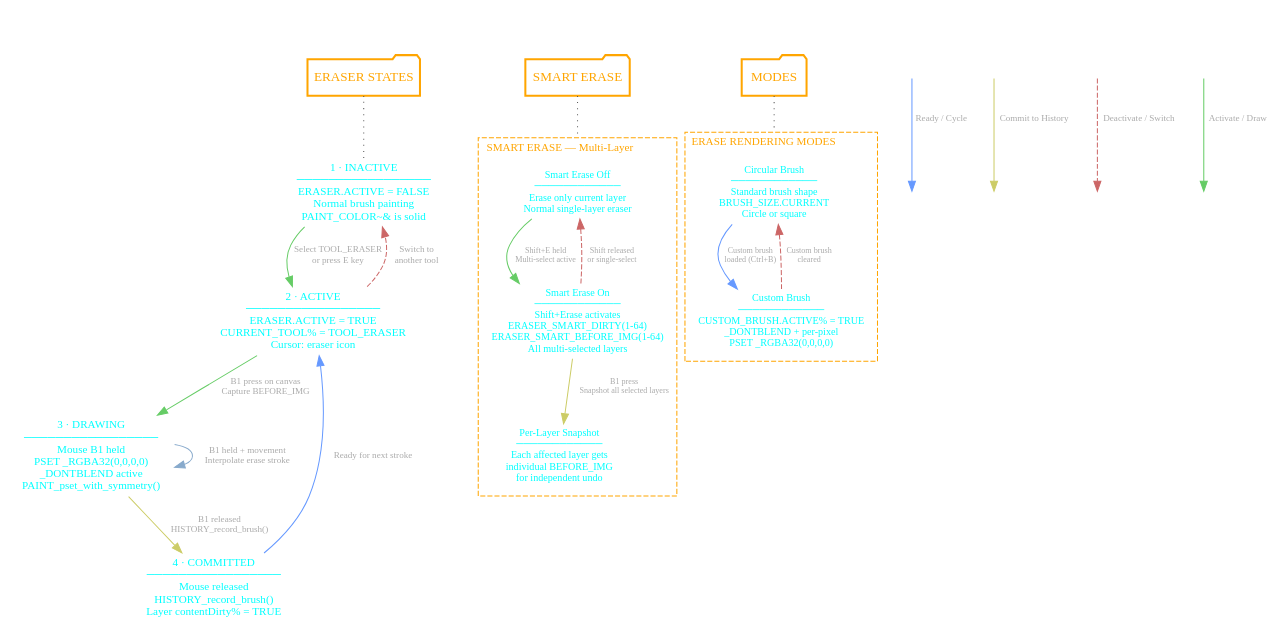
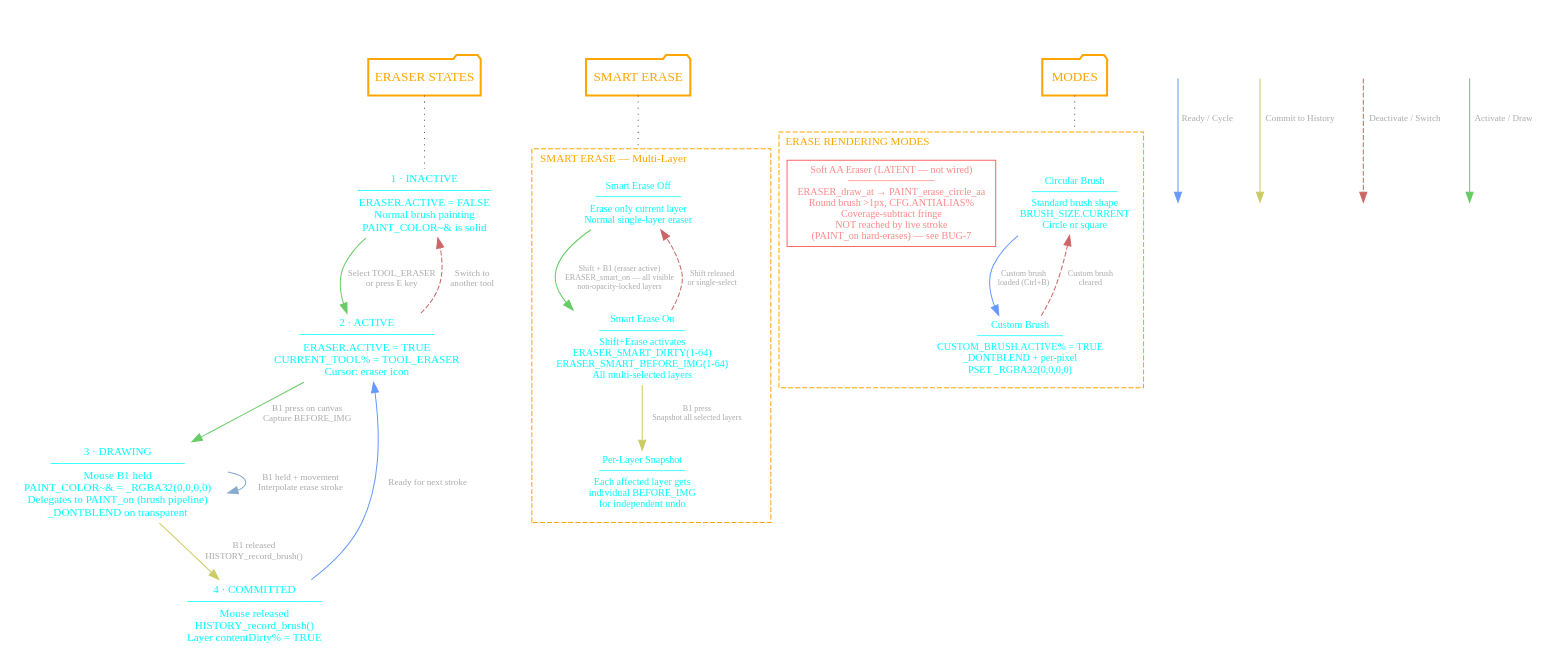
The diagram in PLANS/diagrams/TOOLS/ERASER-STATES.DOT (grymmjack/DRAW), drawn with Graphviz before and after one commit. The commit also changed 194 other files, not shown here.

First line of the commit message:
docs(diagrams): reconcile all ~60 existing state diagrams to current source (Phase B0)

```diff
--- a/PLANS/diagrams/TOOLS/ERASER-STATES.DOT
+++ b/PLANS/diagrams/TOOLS/ERASER-STATES.DOT
@@ -1,78 +1,80 @@
 digraph ERASER_TOOL {
     label="ERASER TOOL STATE MACHINE" labelloc=t labeljust=c
     ordering=out rankdir=TB
     fontcolor=white fontsize=24.0 fontname="Cascadia Code PL"
     splines=true compound=true
     bgcolor=transparent
     edge [
         color=gray fontcolor="#aaaaaa" fontsize=9.0
         fontname="Cascadia Code PL"
     ];
     node [
         color=white shape=rect style=""
         fontname="Cascadia Code PL" fontsize=11.0 fontcolor=cyan
     ];
 
     { node [shape=folder color=orange penwidth=2 fontcolor=orange fontsize=13.0];
         MAIN [label="ERASER STATES"];
         SMART [label="SMART ERASE"];
         MODES [label="MODES"];
     }
 
     S_INACTIVE [label="1 · INACTIVE\n─────────────────\nERASER.ACTIVE = FALSE\nNormal brush painting\nPAINT_COLOR~& is solid"];
     S_ACTIVE [label="2 · ACTIVE\n─────────────────\nERASER.ACTIVE = TRUE\nCURRENT_TOOL% = TOOL_ERASER\nCursor: eraser icon"];
-    S_DRAWING [label="3 · DRAWING\n─────────────────\nMouse B1 held\nPSET _RGBA32(0,0,0,0)\n_DONTBLEND active\nPAINT_pset_with_symmetry()"];
+    S_DRAWING [label="3 · DRAWING\n─────────────────\nMouse B1 held\nPAINT_COLOR~& = _RGBA32(0,0,0,0)\nDelegates to PAINT_on (brush pipeline)\n_DONTBLEND on transparent"];
     S_COMMITTED [label="4 · COMMITTED\n─────────────────\nMouse released\nHISTORY_record_brush()\nLayer contentDirty% = TRUE"];
 
     S_INACTIVE -> S_ACTIVE [label="  Select TOOL_ERASER\n  or press E key" color="#66cc66"];
     S_ACTIVE -> S_DRAWING [label="  B1 press on canvas\n  Capture BEFORE_IMG" color="#66cc66"];
     S_DRAWING -> S_DRAWING [label="  B1 held + movement\n  Interpolate erase stroke" color="#88aacc"];
     S_DRAWING -> S_COMMITTED [label="  B1 released\n  HISTORY_record_brush()" color="#cccc66"];
     S_COMMITTED -> S_ACTIVE [label="  Ready for next stroke" color="#6699ff"];
     S_ACTIVE -> S_INACTIVE [label="  Switch to\n  another tool" color="#cc6666" style=dashed];
 
     subgraph cluster_smart {
         label="SMART ERASE — Multi-Layer" labelloc=t labeljust=l
         fontcolor=orange fontsize=11.0 fontname="Cascadia Code PL"
         color=orange style=dashed penwidth=1
 
         SM_OFF [label="Smart Erase Off\n────────────\nErase only current layer\nNormal single-layer eraser" fontsize=10.0];
         SM_ON [label="Smart Erase On\n────────────\nShift+Erase activates\nERASER_SMART_DIRTY(1-64)\nERASER_SMART_BEFORE_IMG(1-64)\nAll multi-selected layers" fontsize=10.0];
         SM_SAVE [label="Per-Layer Snapshot\n────────────\nEach affected layer gets\nindividual BEFORE_IMG\nfor independent undo" fontsize=10.0];
 
-        SM_OFF -> SM_ON [label=" Shift+E held\n Multi-select active" color="#66cc66" fontsize=8.0];
+        SM_OFF -> SM_ON [label=" Shift + B1 (eraser active)\n ERASER_smart_on — all visible\n non-opacity-locked layers" color="#66cc66" fontsize=8.0];
         SM_ON -> SM_SAVE [label=" B1 press\n Snapshot all selected layers" color="#cccc66" fontsize=8.0];
         SM_ON -> SM_OFF [label=" Shift released\n or single-select" color="#cc6666" fontsize=8.0 style=dashed];
     }
 
     subgraph cluster_modes {
         label="ERASE RENDERING MODES" labelloc=t labeljust=l
         fontcolor=orange fontsize=11.0 fontname="Cascadia Code PL"
         color=orange style=dashed penwidth=1
 
         M_BRUSH [label="Circular Brush\n────────────\nStandard brush shape\nBRUSH_SIZE.CURRENT\nCircle or square" fontsize=10.0];
         M_CUSTOM [label="Custom Brush\n────────────\nCUSTOM_BRUSH.ACTIVE% = TRUE\n_DONTBLEND + per-pixel\nPSET _RGBA32(0,0,0,0)" fontsize=10.0];
+
+        M_SOFT_AA [label="Soft AA Eraser (LATENT — not wired)\n────────────\nERASER_draw_at → PAINT_erase_circle_aa\nRound brush >1px, CFG.ANTIALIAS%\nCoverage-subtract fringe\nNOT reached by live stroke\n(PAINT_on hard-erases) — see BUG-7" fontsize=10.0 color="#ff6666" fontcolor="#ff8888"];
 
         M_BRUSH -> M_CUSTOM [label=" Custom brush\n loaded (Ctrl+B)" color="#6699ff" fontsize=8.0];
         M_CUSTOM -> M_BRUSH [label=" Custom brush\n cleared" color="#cc6666" fontsize=8.0 style=dashed];
     }
 
     MAIN -> S_INACTIVE [arrowhead=none color="#555555" style=dotted];
     SMART -> SM_OFF [arrowhead=none color="#555555" style=dotted lhead=cluster_smart];
     MODES -> M_BRUSH [arrowhead=none color="#555555" style=dotted lhead=cluster_modes];
     { rank=min; MAIN; SMART; MODES }
 
     subgraph cluster_legend {
         label="LEGEND" labelloc=t labeljust=l
         fontcolor=white fontsize=11.0 fontname="Cascadia Code PL"
         color=white style=dashed penwidth=1
         L1 [label="" shape=point width=0.01]; L2 [label="" shape=point width=0.01];
         L3 [label="" shape=point width=0.01]; L4 [label="" shape=point width=0.01];
         L5 [label="" shape=point width=0.01]; L6 [label="" shape=point width=0.01];
         L7 [label="" shape=point width=0.01]; L8 [label="" shape=point width=0.01];
         L1 -> L2 [label=" Activate / Draw" arrowhead=normal color="#66cc66" fontsize=9.0];
         L3 -> L4 [label=" Deactivate / Switch" arrowhead=normal color="#cc6666" style=dashed fontsize=9.0];
         L5 -> L6 [label=" Commit to History" arrowhead=normal color="#cccc66" fontsize=9.0];
         L7 -> L8 [label=" Ready / Cycle" arrowhead=normal color="#6699ff" fontsize=9.0];
     }
 }
```
